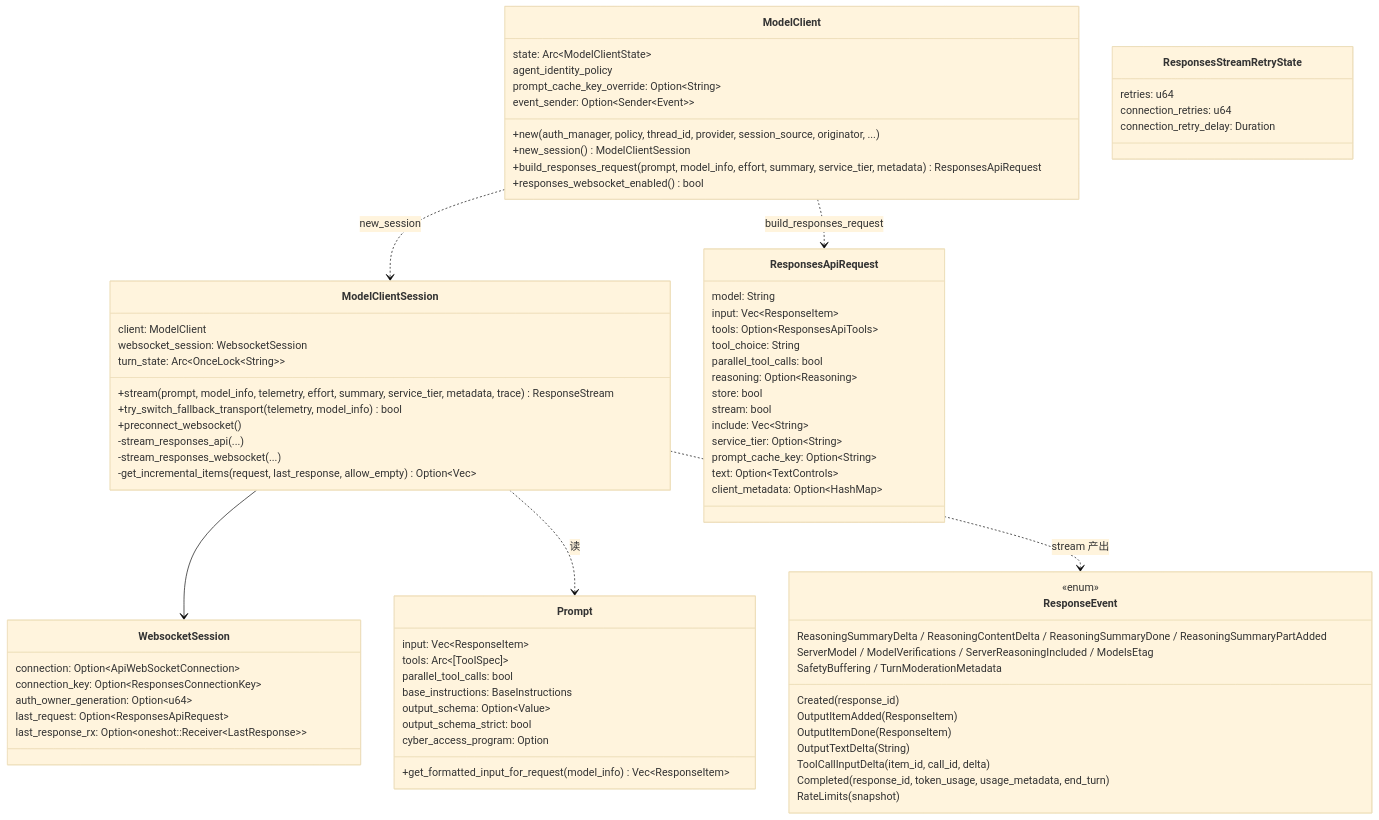
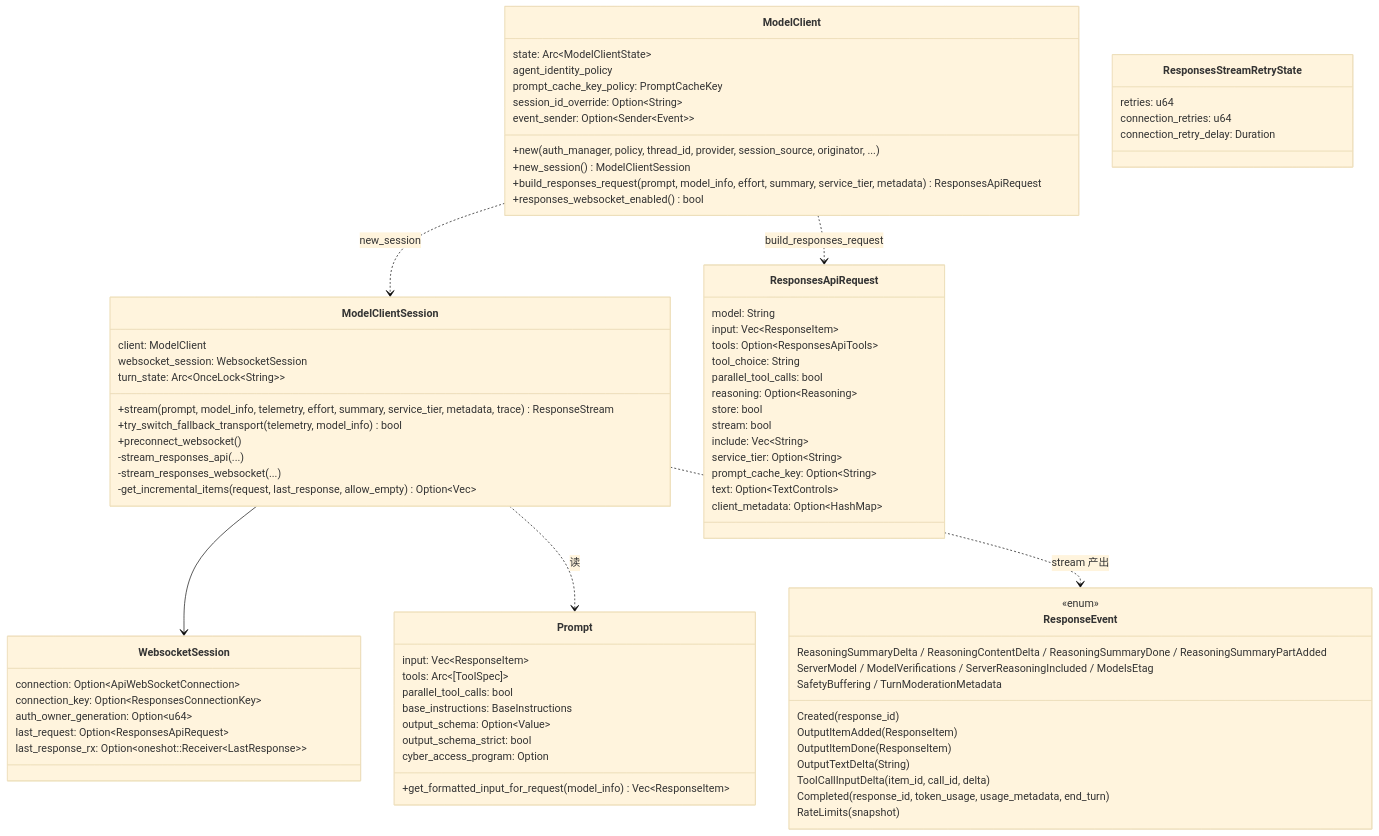
One commit to nickqiaoo/nickqiaoo.github.io changed diagram 19 of 32 in src/content/post/agents-codex/index.md. Above: the diagram before and after it, drawn with Mermaid (base theme). The commit also changed other lines of this file and 3 other files, not shown here.

````diff
--- a/src/content/post/agents-codex/index.md
+++ b/src/content/post/agents-codex/index.md
@@ -1246,79 +1250,80 @@
 ```mermaid
 classDiagram
   class ModelClient {
     state: Arc~ModelClientState~
     agent_identity_policy
-    prompt_cache_key_override: Option~String~
+    prompt_cache_key_policy: PromptCacheKey
+    session_id_override: Option~String~
     event_sender: Option~Sender~Event~~
     +new(auth_manager, policy, thread_id, provider, session_source, originator, ...)
     +new_session() ModelClientSession
     +build_responses_request(prompt, model_info, effort, summary, service_tier, metadata) ResponsesApiRequest
     +responses_websocket_enabled() bool
   }
   class ModelClientSession {
     client: ModelClient
     websocket_session: WebsocketSession
     turn_state: Arc~OnceLock~String~~
     +stream(prompt, model_info, telemetry, effort, summary, service_tier, metadata, trace) ResponseStream
     +try_switch_fallback_transport(telemetry, model_info) bool
     +preconnect_websocket()
     -stream_responses_api(...)
     -stream_responses_websocket(...)
     -get_incremental_items(request, last_response, allow_empty) Option~Vec~
   }
   class WebsocketSession {
     connection: Option~ApiWebSocketConnection~
     connection_key: Option~ResponsesConnectionKey~
     auth_owner_generation: Option~u64~
     last_request: Option~ResponsesApiRequest~
     last_response_rx: Option~oneshot::Receiver~LastResponse~~
   }
   class Prompt {
     input: Vec~ResponseItem~
     tools: Arc~[ToolSpec]~
     parallel_tool_calls: bool
     base_instructions: BaseInstructions
     output_schema: Option~Value~
     output_schema_strict: bool
     cyber_access_program: Option
     +get_formatted_input_for_request(model_info) Vec~ResponseItem~
   }
   class ResponsesApiRequest {
     model: String
     input: Vec~ResponseItem~
     tools: Option~ResponsesApiTools~
     tool_choice: String
     parallel_tool_calls: bool
     reasoning: Option~Reasoning~
     store: bool
     stream: bool
     include: Vec~String~
     service_tier: Option~String~
     prompt_cache_key: Option~String~
     text: Option~TextControls~
     client_metadata: Option~HashMap~
   }
   class ResponseEvent {
     <<enum>>
     Created(response_id)
     OutputItemAdded(ResponseItem)
     OutputItemDone(ResponseItem)
     OutputTextDelta(String)
     ToolCallInputDelta(item_id, call_id, delta)
     ReasoningSummaryDelta / ReasoningContentDelta / ReasoningSummaryDone / ReasoningSummaryPartAdded
     Completed(response_id, token_usage, usage_metadata, end_turn)
     RateLimits(snapshot)
     ServerModel / ModelVerifications / ServerReasoningIncluded / ModelsEtag
     SafetyBuffering / TurnModerationMetadata
   }
   class ResponsesStreamRetryState {
     retries: u64
     connection_retries: u64
     connection_retry_delay: Duration
   }
   ModelClient ..> ModelClientSession : new_session
   ModelClientSession --> WebsocketSession
   ModelClientSession ..> Prompt : 读
   ModelClient ..> ResponsesApiRequest : build_responses_request
   ModelClientSession ..> ResponseEvent : stream 产出
 ```
````
